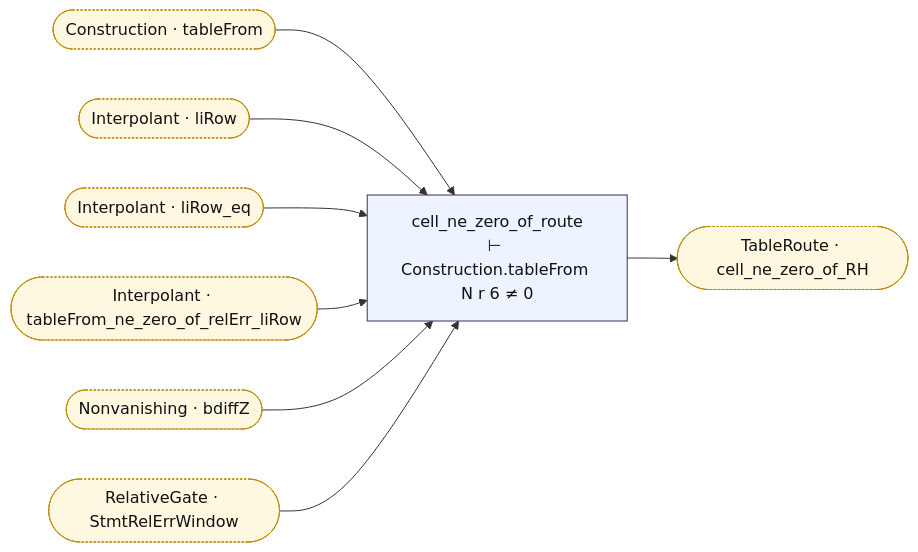
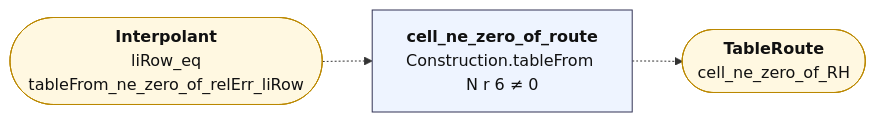
The diagram in map/lean/RouteCell.mmd (juliansambranojr/Primebeat_081426), drawn with Mermaid before and after one commit. The commit also changed 387 other files, not shown here.

```diff
--- a/map/lean/RouteCell.mmd
+++ b/map/lean/RouteCell.mmd
@@ -1,22 +1,11 @@
 flowchart LR
-  n0["cell_ne_zero_of_route<br/>⊢ Construction.tableFrom N r 6 ≠ 0"]:::thm
-  x0(["Construction · tableFrom"]):::ext
-  x1(["Interpolant · liRow"]):::ext
-  x2(["Interpolant · liRow_eq"]):::ext
-  x3(["Interpolant · tableFrom_ne_zero_of_relErr_liRow"]):::ext
-  x4(["Nonvanishing · bdiffZ"]):::ext
-  x5(["RelativeGate · StmtRelErrWindow"]):::ext
-  x6(["TableRoute · cell_ne_zero_of_RH"]):::ext
-  n0 --> x6
-  x0 --> n0
-  x1 --> n0
-  x2 --> n0
-  x3 --> n0
-  x4 --> n0
-  x5 --> n0
+  n0["<b>cell_ne_zero_of_route</b><br/>Construction.tableFrom N r 6 ≠ 0"]:::thm
+  x0(["<b>Interpolant</b><br/>liRow_eq<br/>tableFrom_ne_zero_of_relErr_liRow"]):::ext
+  x1(["<b>TableRoute</b><br/>cell_ne_zero_of_RH"]):::ext
+  n0 -.-> x1
+  x0 -.-> n0
   classDef thm fill:#eef4ff,stroke:#335,color:#111
-  classDef dfn fill:#f2f2f2,stroke:#777,color:#111
   classDef end_ fill:#e7f7e7,stroke:#2a7,color:#111,stroke-width:2px
   classDef lone fill:#fff,stroke:#999,color:#111,stroke-dasharray:4 3
   classDef bad fill:#ffe5e5,stroke:#c22,color:#111,stroke-width:2px
-  classDef ext fill:#fff8e1,stroke:#b80,color:#111,stroke-dasharray:2 2
+  classDef ext fill:#fff8e1,stroke:#b80,color:#111
```
